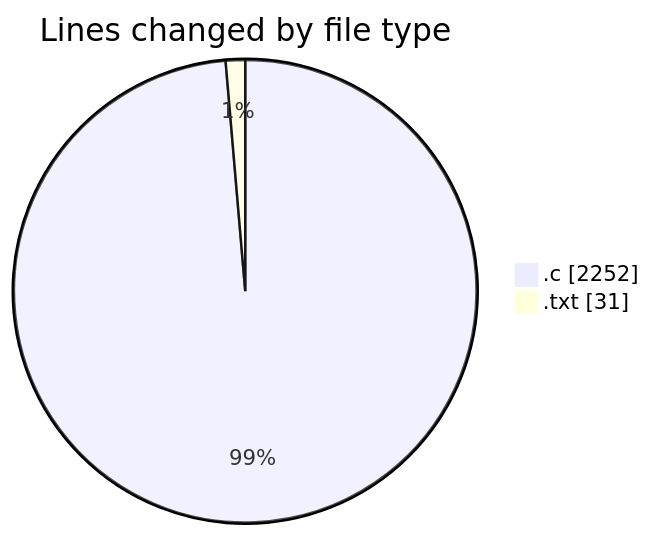
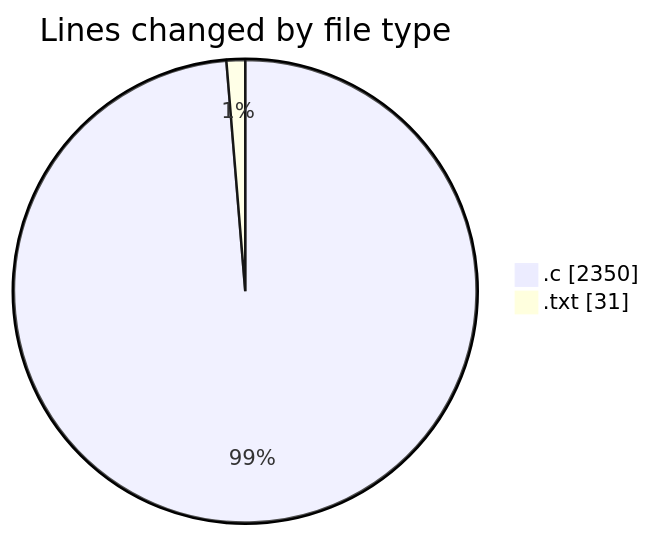
One commit to Ritupan-Deka/code-tracking changed the first of 2 diagrams in 2025-01-26/search/README.md. Above: the diagram before and after it, drawn with Mermaid. The commit also changed other lines of this file and 1 other file, not shown here.

````diff
--- a/2025-01-26/search/README.md
+++ b/2025-01-26/search/README.md
@@ -22,6 +22,6 @@
 ```mermaid
 pie showData
 title Lines changed by file type
-".c" : 2252
+".c" : 2350
 ".txt" : 31
 ```
````
